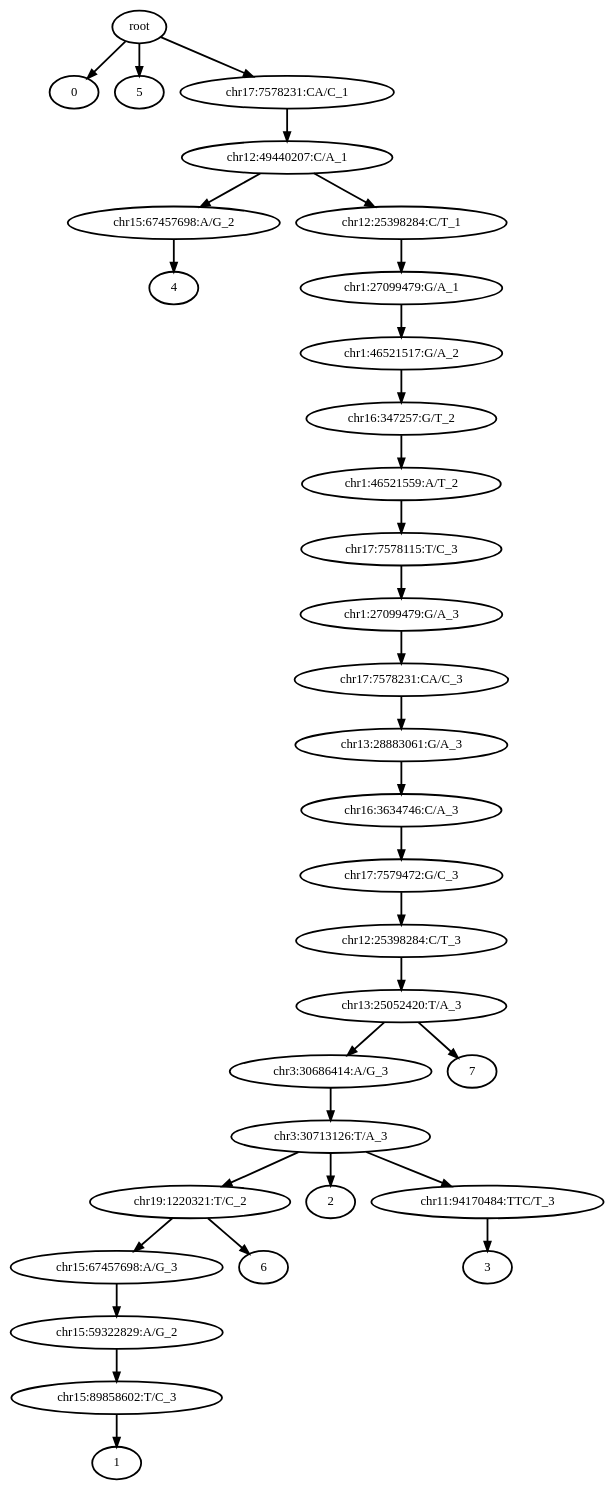
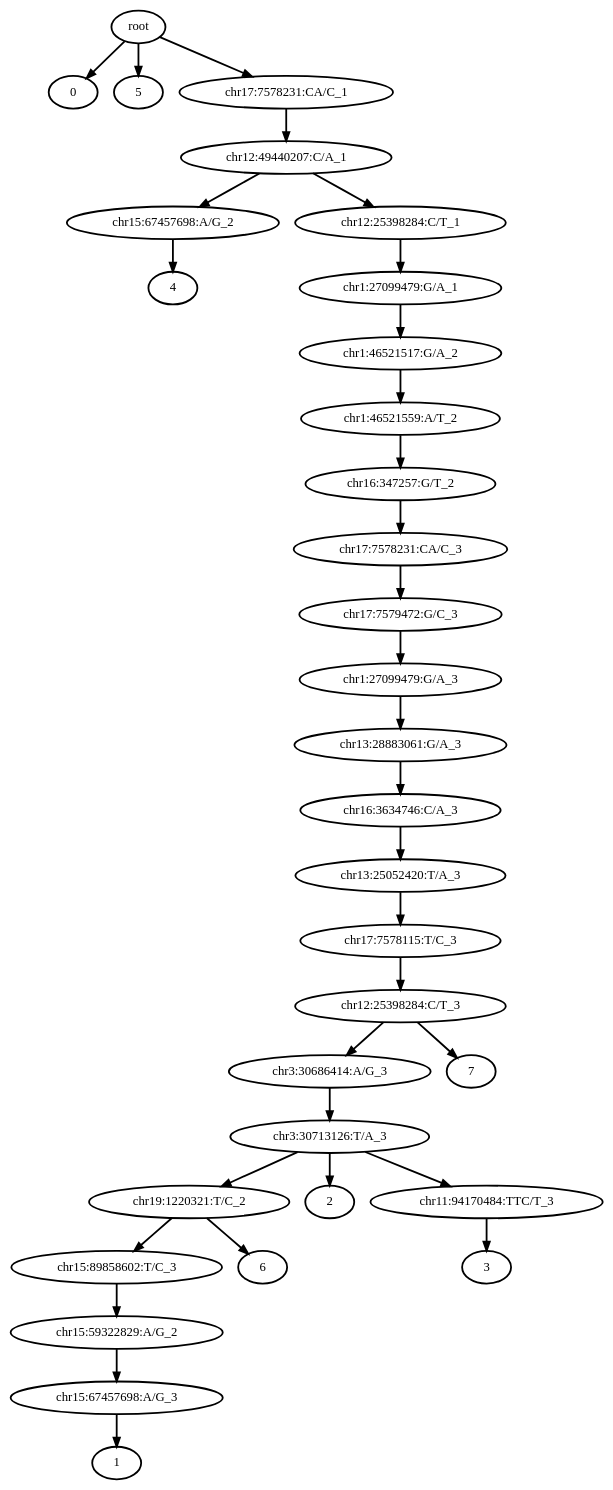
Before and after one commit to haochenz96/Tapestri_main_manuscript_analysis: the diagram in 0_condor_pipeline/condor_outputs/M13/out_tree.dot, drawn with Graphviz. The commit also changed 143 other files, not shown here.

```diff
--- a/0_condor_pipeline/condor_outputs/M13/out_tree.dot
+++ b/0_condor_pipeline/condor_outputs/M13/out_tree.dot
@@ -1,67 +1,67 @@
 digraph N {
 	overlap="false"
 	rankdir="TB"
 	0 [label="root", style="bold"];
 	1 [label="0", style="bold"];
 	2 [label="chr3:30686414:A/G_3", style="bold"];
 	3 [label="chr3:30713126:T/A_3", style="bold"];
 	4 [label="chr19:1220321:T/C_2", style="bold"];
-	5 [label="chr15:67457698:A/G_3", style="bold"];
+	5 [label="chr15:89858602:T/C_3", style="bold"];
 	6 [label="chr15:59322829:A/G_2", style="bold"];
-	7 [label="chr15:89858602:T/C_3", style="bold"];
+	7 [label="chr15:67457698:A/G_3", style="bold"];
 	8 [label="1", style="bold"];
 	9 [label="2", style="bold"];
 	10 [label="chr11:94170484:TTC/T_3", style="bold"];
 	11 [label="3", style="bold"];
 	12 [label="chr15:67457698:A/G_2", style="bold"];
 	13 [label="4", style="bold"];
 	14 [label="5", style="bold"];
 	15 [label="6", style="bold"];
 	16 [label="7", style="bold"];
 	17 [label="chr1:46521517:G/A_2", style="bold"];
-	18 [label="chr16:347257:G/T_2", style="bold"];
-	19 [label="chr1:46521559:A/T_2", style="bold"];
-	20 [label="chr17:7578115:T/C_3", style="bold"];
-	21 [label="chr1:27099479:G/A_3", style="bold"];
-	22 [label="chr17:7578231:CA/C_3", style="bold"];
+	18 [label="chr1:46521559:A/T_2", style="bold"];
+	19 [label="chr16:347257:G/T_2", style="bold"];
+	20 [label="chr17:7578231:CA/C_3", style="bold"];
+	21 [label="chr17:7579472:G/C_3", style="bold"];
+	22 [label="chr1:27099479:G/A_3", style="bold"];
 	23 [label="chr13:28883061:G/A_3", style="bold"];
 	24 [label="chr16:3634746:C/A_3", style="bold"];
-	25 [label="chr17:7579472:G/C_3", style="bold"];
-	26 [label="chr12:25398284:C/T_3", style="bold"];
-	27 [label="chr13:25052420:T/A_3", style="bold"];
+	25 [label="chr13:25052420:T/A_3", style="bold"];
+	26 [label="chr17:7578115:T/C_3", style="bold"];
+	27 [label="chr12:25398284:C/T_3", style="bold"];
 	28 [label="chr17:7578231:CA/C_1", style="bold"];
 	29 [label="chr12:49440207:C/A_1", style="bold"];
 	30 [label="chr12:25398284:C/T_1", style="bold"];
 	31 [label="chr1:27099479:G/A_1", style="bold"];
 	0 -> 1 [style="bold"];
 	0 -> 14 [style="bold"];
 	0 -> 28 [style="bold"];
 	2 -> 3 [style="bold"];
 	3 -> 4 [style="bold"];
 	3 -> 9 [style="bold"];
 	3 -> 10 [style="bold"];
 	4 -> 5 [style="bold"];
 	4 -> 15 [style="bold"];
 	5 -> 6 [style="bold"];
 	6 -> 7 [style="bold"];
 	7 -> 8 [style="bold"];
 	10 -> 11 [style="bold"];
 	12 -> 13 [style="bold"];
 	17 -> 18 [style="bold"];
 	18 -> 19 [style="bold"];
 	19 -> 20 [style="bold"];
 	20 -> 21 [style="bold"];
 	21 -> 22 [style="bold"];
 	22 -> 23 [style="bold"];
 	23 -> 24 [style="bold"];
 	24 -> 25 [style="bold"];
 	25 -> 26 [style="bold"];
 	26 -> 27 [style="bold"];
 	27 -> 2 [style="bold"];
 	27 -> 16 [style="bold"];
 	28 -> 29 [style="bold"];
 	29 -> 12 [style="bold"];
 	29 -> 30 [style="bold"];
 	30 -> 31 [style="bold"];
 	31 -> 17 [style="bold"];
 }
```
